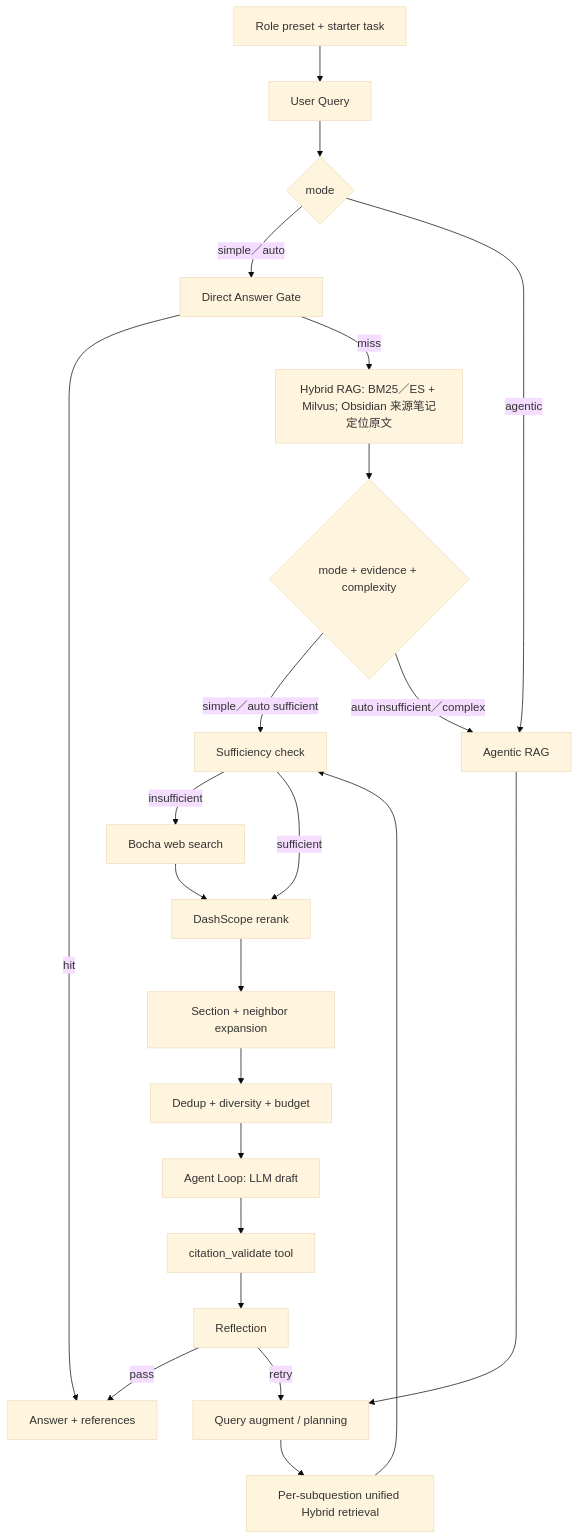
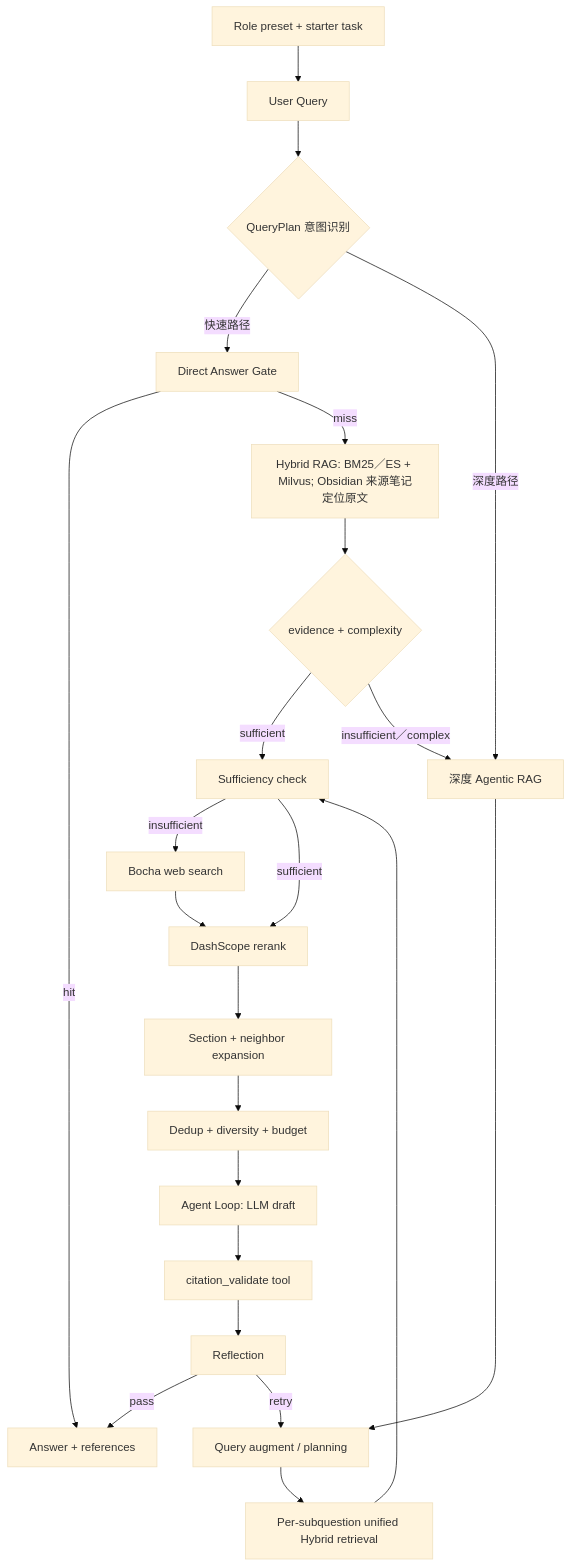
The eighth of 8 diagrams in docs/architecture/ARCHITECTURE.md (monstereatai/RAG), drawn with Mermaid (base theme) before and after one commit. The commit also changed other lines of this file and 1983 other files, not shown here.

````diff
--- a/docs/architecture/ARCHITECTURE.md
+++ b/docs/architecture/ARCHITECTURE.md
@@ -416,25 +412,25 @@
 ```mermaid
 flowchart TD
-  Q["User Query"] --> Mode{"mode"}
+  Q["User Query"] --> Intent{"QueryPlan 意图识别"}
   Role["Role preset + starter task"] --> Q
-  Mode -->|simple／auto| Direct["Direct Answer Gate"]
+  Intent -->|快速路径| Direct["Direct Answer Gate"]
   Direct -->|hit| Final["Answer + references"]
   Direct -->|miss| Retrieve["Hybrid RAG: BM25／ES + Milvus; Obsidian 来源笔记定位原文"]
-  Mode -->|agentic| Agentic["Agentic RAG"]
-  Retrieve --> Router{"mode + evidence + complexity"}
-  Router -->|simple／auto sufficient| Sufficiency["Sufficiency check"]
-  Router -->|auto insufficient／complex| Agentic
+  Intent -->|深度路径| Agentic["深度 Agentic RAG"]
+  Retrieve --> Router{"evidence + complexity"}
+  Router -->|sufficient| Sufficiency["Sufficiency check"]
+  Router -->|insufficient／complex| Agentic
   Agentic --> Plan["Query augment / planning"]
   Plan --> AgentRetrieve["Per-subquestion unified Hybrid retrieval"]
   AgentRetrieve --> Sufficiency
   Sufficiency -->|insufficient| Web["Bocha web search"]
   Sufficiency -->|sufficient| Rerank["DashScope rerank"]
   Web --> Rerank
   Rerank --> Expand["Section + neighbor expansion"]
   Expand --> Context["Dedup + diversity + budget"]
   Context --> Generate["Agent Loop: LLM draft"]
   Generate --> CitationTool["citation_validate tool"]
   CitationTool --> Reflect["Reflection"]
   Reflect -->|pass| Final
   Reflect -->|retry| Plan
 ```
````
